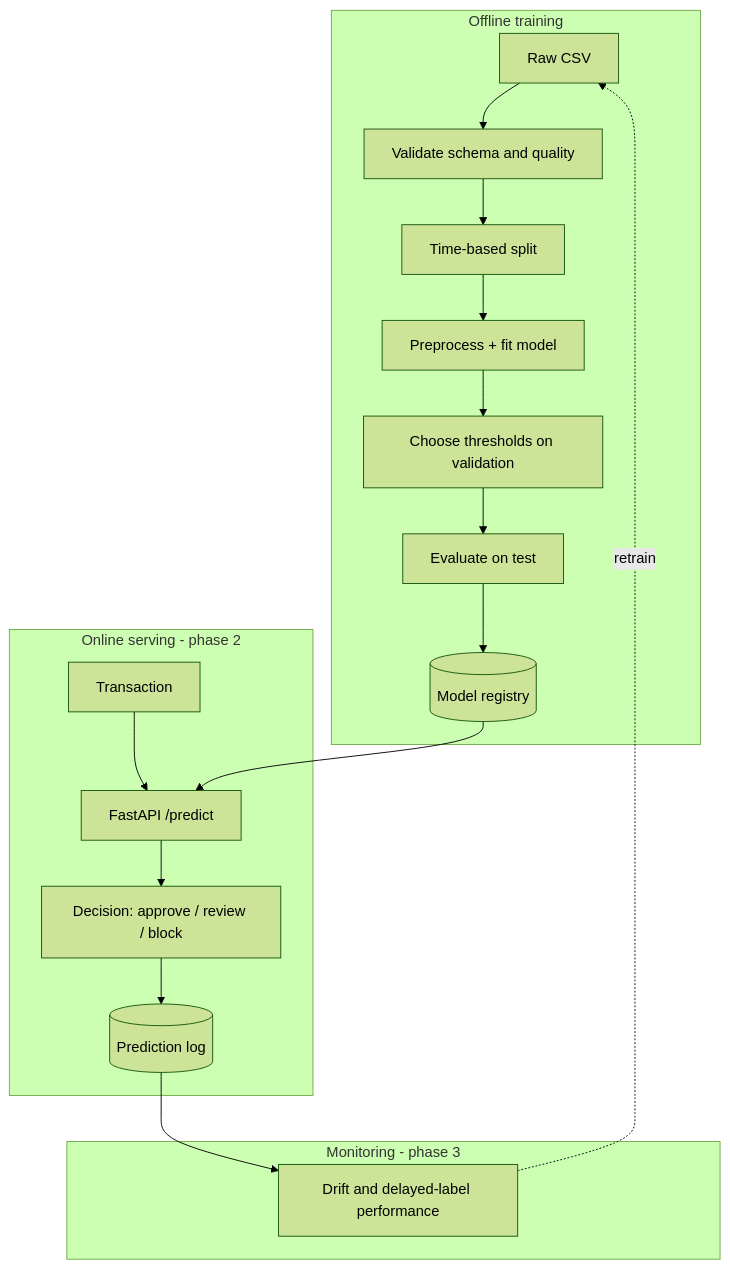
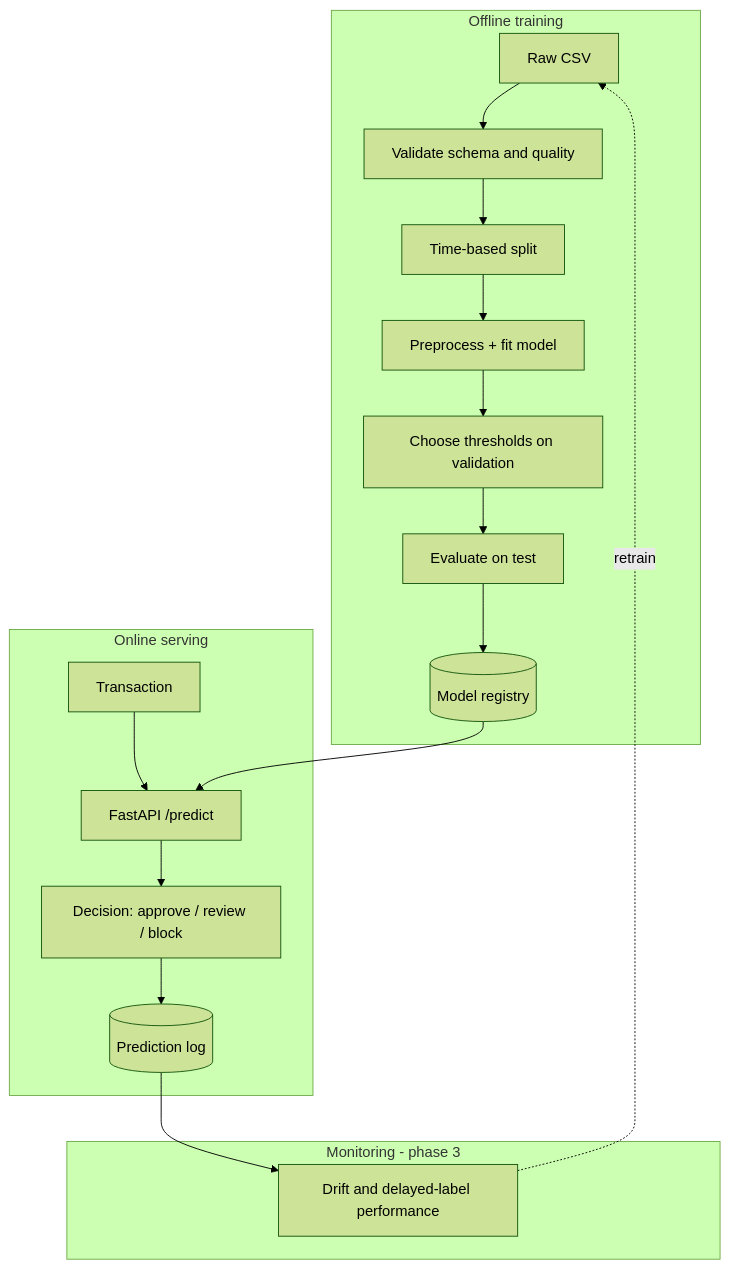
Before and after one commit to Ohm-Kel/credit-card-fraud-detection: the diagram in docs/architecture.md, drawn with Mermaid (forest theme). The commit also changed other lines of this file and 3 other files, not shown here.

````diff
--- a/docs/architecture.md
+++ b/docs/architecture.md
@@ -37,21 +37,21 @@
 ```mermaid
 flowchart TB
     subgraph Offline training
         A[Raw CSV] --> B[Validate schema and quality]
         B --> C[Time-based split]
         C --> D[Preprocess + fit model]
         D --> E[Choose thresholds on validation]
         E --> F[Evaluate on test]
         F --> G[(Model registry)]
     end
-    subgraph Online serving - phase 2
+    subgraph Online serving
         H[Transaction] --> I[FastAPI /predict]
         G --> I
         I --> J[Decision: approve / review / block]
         J --> K[(Prediction log)]
     end
     subgraph Monitoring - phase 3
         K --> L[Drift and delayed-label performance]
         L -. retrain .-> A
     end
 ```
````
